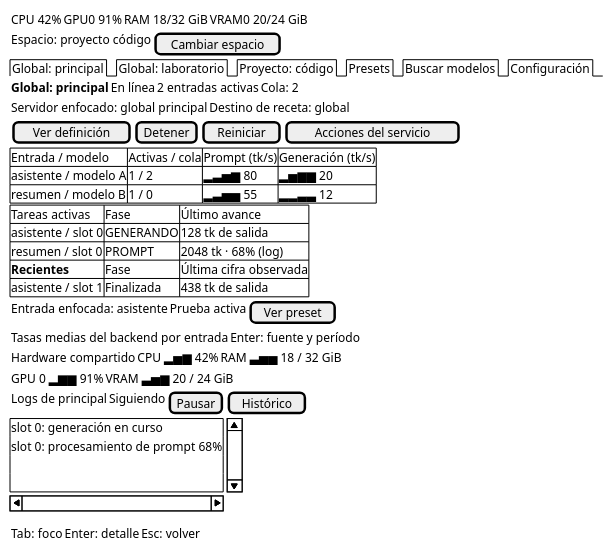
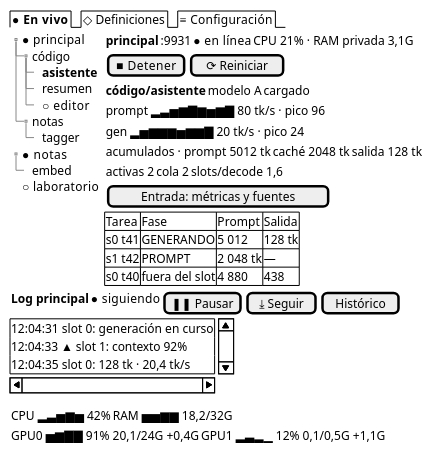
Before and after one commit to mstranich/coquena: the diagram in docs/design/tui-servicio.salt.puml, drawn with PlantUML. The commit also changed 44 other files, not shown here.

```diff
--- a/docs/design/tui-servicio.salt.puml
+++ b/docs/design/tui-servicio.salt.puml
@@ -1,34 +1,44 @@
 @startsalt
 {
-  { CPU 42% | GPU0 91% | RAM 18/32 GiB | VRAM0 20/24 GiB }
-  { Espacio: proyecto código | [Cambiar espacio] }
-  {/ Global: principal | Global: laboratorio | Proyecto: código | Presets | Buscar modelos | Configuración }
-  { <b>Global: principal | En línea | 2 entradas activas | Cola: 2 }
-  { Servidor enfocado: global principal | Destino de receta: global }
-  { [Ver definición] | [Detener] | [Reiniciar] | [Acciones del servicio] }
-  {#
-    Entrada / modelo | Activas / cola | Prompt (tk/s) | Generación (tk/s)
-    asistente / modelo A | 1 / 2 | ▂▃▅▆ 80 | ▂▅▆▆ 20
-    resumen / modelo B | 1 / 0 | ▂▃▅▅ 55 | ▂▂▃▃ 12
+  {/ <b>● En vivo | ◇ Definiciones | ≡ Configuración }
+  {
+    {
+      {T
+        + ● principal
+        ++ código
+        +++ <b>asistente
+        +++ resumen
+        +++ ○ editor
+        ++ notas
+        +++ tagger
+        + ● notas
+        ++ embed
+        + ○ laboratorio
+      }
+    } | {
+      { <b>principal | :9931 | ● en línea | CPU 21% · RAM privada 3,1G }
+      { [■ Detener] | [⟳ Reiniciar] }
+      { <b>código/asistente | modelo A | cargado }
+      { prompt ▂▃▅▆▇▆▅▆▇ 80 tk/s · pico 96 }
+      { gen ▂▅▆▆▆▅▆▆▇ 20 tk/s · pico 24 }
+      { acumulados · prompt 5012 tk | caché 2048 tk | salida 128 tk }
+      { activas 2 | cola 2 | slots/decode 1,6 }
+      { [Entrada: métricas y fuentes] }
+      {#
+        Tarea | Fase | Prompt | Salida
+        s0 t41 | GENERANDO | 5 012 | 128 tk
+        s1 t42 | PROMPT | 2 048 tk | —
+        s0 t40 | fuera del slot | 4 880 | 438
+      }
+    }
   }
-  {#
-    Tareas activas | Fase | Último avance
-    asistente / slot 0 | GENERANDO | 128 tk de salida
-    resumen / slot 0 | PROMPT | 2048 tk · 68% (log)
-    <b>Recientes | Fase | Última cifra observada
-    asistente / slot 1 | Finalizada | 438 tk de salida
+  { <b>Log principal | ● siguiendo | [❚❚ Pausar] | [⤓ Seguir] | [Histórico] }
+  {S
+    12:04:31 slot 0: generación en curso
+    12:04:33 ▲ slot 1: contexto 92%
+    12:04:35 slot 0: 128 tk · 20,4 tk/s
   }
-  { Entrada enfocada: asistente | Prueba activa | [Ver preset] }
-  { Tasas medias del backend por entrada | Enter: fuente y período }
-  { Hardware compartido | CPU ▂▅▆ 42% | RAM ▃▅▅ 18 / 32 GiB }
-  { GPU 0 ▂▆▆ 91% | VRAM ▃▅▆ 20 / 24 GiB }
-  { Logs de principal | Siguiendo | [Pausar] | [Histórico] }
-  {S
-    slot 0: generación en curso
-    slot 0: procesamiento de prompt 68%
-    .
-    .
-  }
-  { Tab: foco | Enter: detalle | Esc: volver }
+  { CPU ▂▃▅▆▅ 42% | RAM ▅▅▆▆ 18,2/32G }
+  { GPU0 ▅▆▇▇ 91% 20,1/24G +0,4G | GPU1 ▂▃▂▁ 12% 0,1/0,5G +1,1G }
 }
 @endsalt
```
